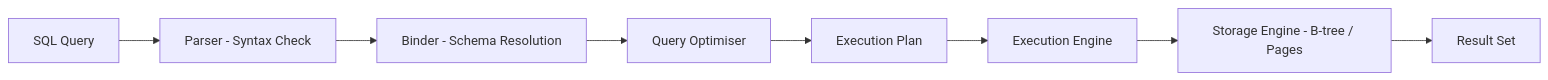
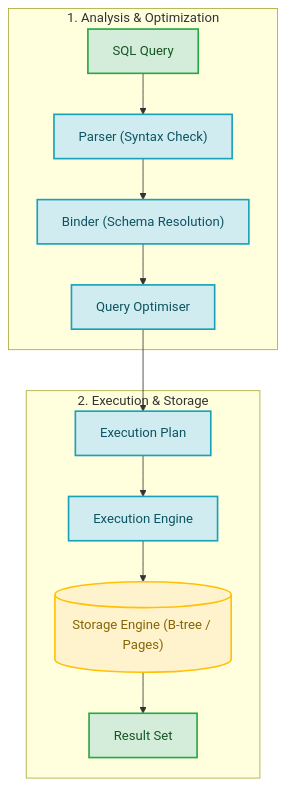
One commit to akshay-k-r/Interview-Prep-Resource changed the first of 2 diagrams in src/pages/02-hld/databases/sql/index.mdx. Above: the diagram before and after it, drawn with Mermaid. The commit also changed 29 other files, not shown here.

````diff
--- a/src/pages/02-hld/databases/sql/index.mdx
+++ b/src/pages/02-hld/databases/sql/index.mdx
@@ -59,11 +59,24 @@
 ```mermaid
-flowchart LR
-    SQL["SQL Query"]
-    SQL --> Parser["Parser - Syntax Check"]
-    Parser --> Binder["Binder - Schema Resolution"]
-    Binder --> Optimiser["Query Optimiser"]
-    Optimiser --> Plan["Execution Plan"]
-    Plan --> Executor["Execution Engine"]
-    Executor --> Storage["Storage Engine - B-tree / Pages"]
-    Storage --> Result["Result Set"]
+flowchart TD
+    subgraph Analysis ["1. Analysis & Optimization"]
+        SQL["SQL Query"] --> Parser["Parser (Syntax Check)"]
+        Parser --> Binder["Binder (Schema Resolution)"]
+        Binder --> Optimiser["Query Optimiser"]
+    end
+
+    subgraph Execution ["2. Execution & Storage"]
+        Optimiser --> Plan["Execution Plan"]
+        Plan --> Executor["Execution Engine"]
+        Executor --> Storage[("Storage Engine (B-tree / Pages)")]
+        Storage --> Result["Result Set"]
+    end
+
+    %% Styles
+    classDef startEnd fill:#d4edda,stroke:#28a745,stroke-width:2px,color:#155724;
+    classDef process fill:#d1ecf1,stroke:#17a2b8,stroke-width:2px,color:#0c5460;
+    classDef db fill:#fff3cd,stroke:#ffc107,stroke-width:2px,color:#856404;
+
+    class SQL,Result startEnd;
+    class Parser,Binder,Optimiser,Plan,Executor process;
+    class Storage db;
 ```
````
